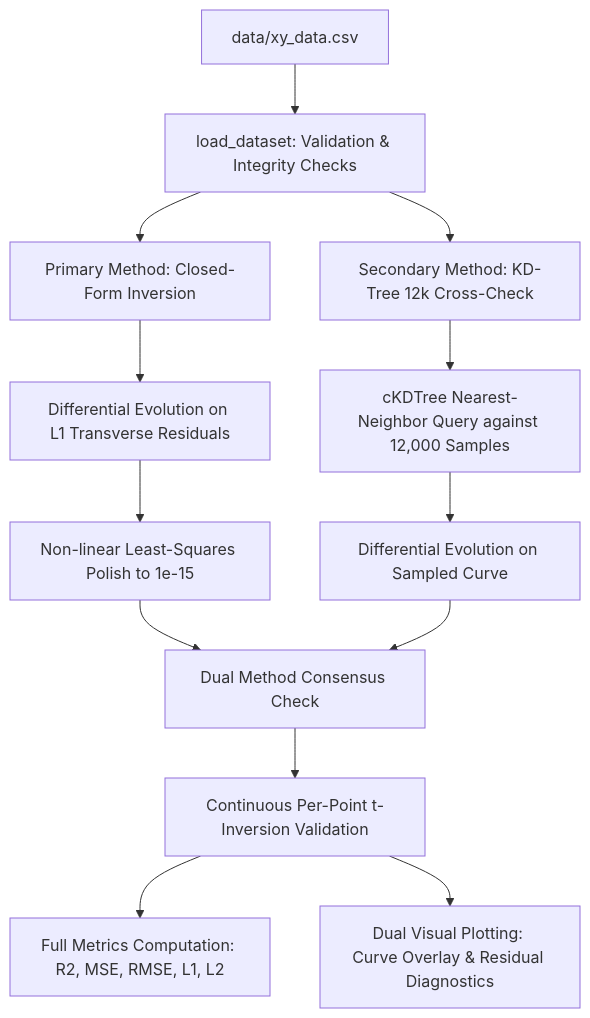
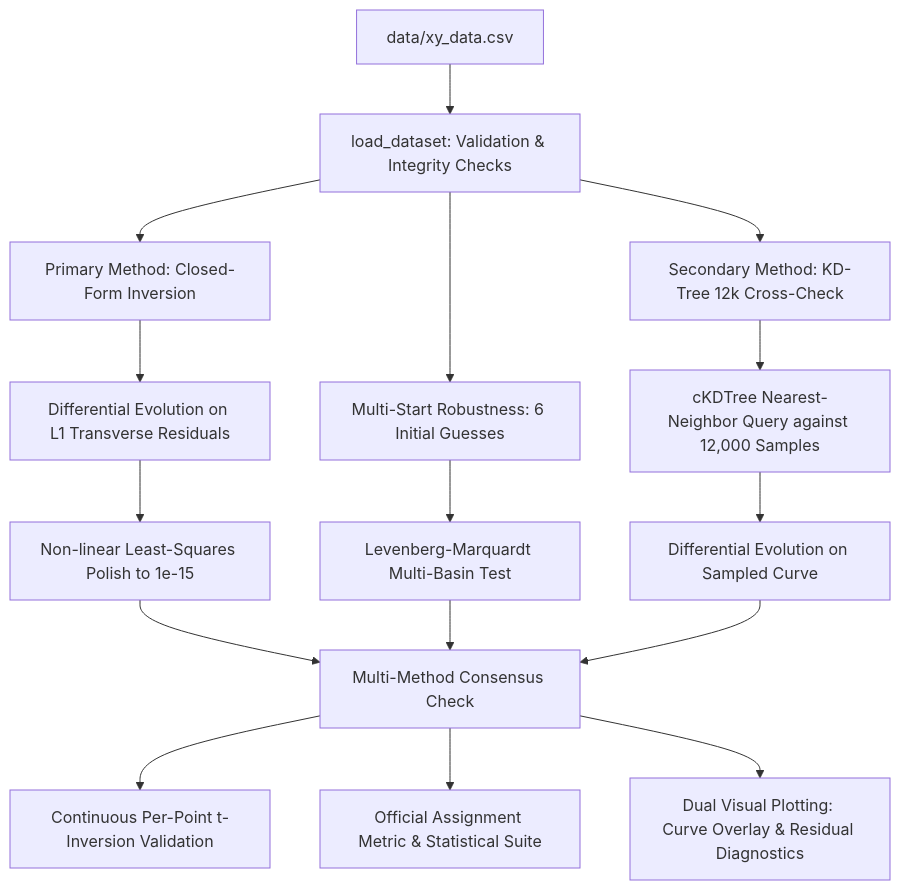
Before and after one commit to abhijeet8684-beep/flam-rd-curve-fit: the diagram in README.md, drawn with Mermaid. The commit also changed other lines of this file and 3 other files, not shown here.

Commit message:
Add multi-start robustness check, official assignment scoring metric, and honest verification notes

````diff
--- a/README.md
+++ b/README.md
@@ -87,19 +87,22 @@
 ```mermaid
 flowchart TD
     A[data/xy_data.csv] --> B[load_dataset: Validation & Integrity Checks]
     B --> C[Primary Method: Closed-Form Inversion]
-    B --> D[Secondary Method: KD-Tree 12k Cross-Check]
+    B --> D[Multi-Start Robustness: 6 Initial Guesses]
+    B --> E[Secondary Method: KD-Tree 12k Cross-Check]
     
     C --> C1[Differential Evolution on L1 Transverse Residuals]
     C1 --> C2[Non-linear Least-Squares Polish to 1e-15]
     
-    D --> D1[cKDTree Nearest-Neighbor Query against 12,000 Samples]
-    D1 --> D2[Differential Evolution on Sampled Curve]
+    D --> D1[Levenberg-Marquardt Multi-Basin Test]
+    E --> E1[cKDTree Nearest-Neighbor Query against 12,000 Samples]
+    E1 --> E2[Differential Evolution on Sampled Curve]
     
-    C2 --> E[Dual Method Consensus Check]
-    D2 --> E
+    C2 --> F[Multi-Method Consensus Check]
+    D1 --> F
+    E2 --> F
     
-    E --> F[Continuous Per-Point t-Inversion Validation]
-    F --> G[Full Metrics Computation: R2, MSE, RMSE, L1, L2]
-    F --> H[Dual Visual Plotting: Curve Overlay & Residual Diagnostics]
+    F --> G[Continuous Per-Point t-Inversion Validation]
+    F --> H[Official Assignment Metric & Statistical Suite]
+    F --> I[Dual Visual Plotting: Curve Overlay & Residual Diagnostics]
 ```
````
